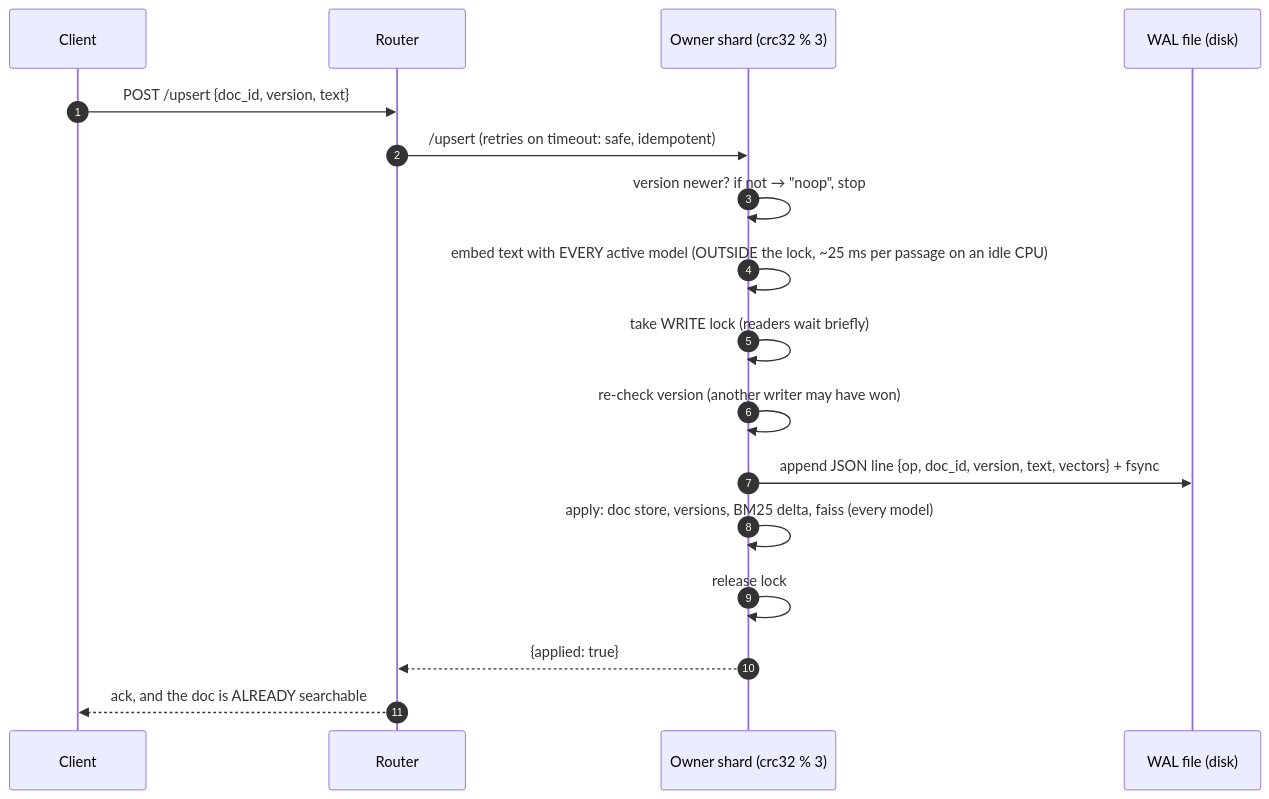
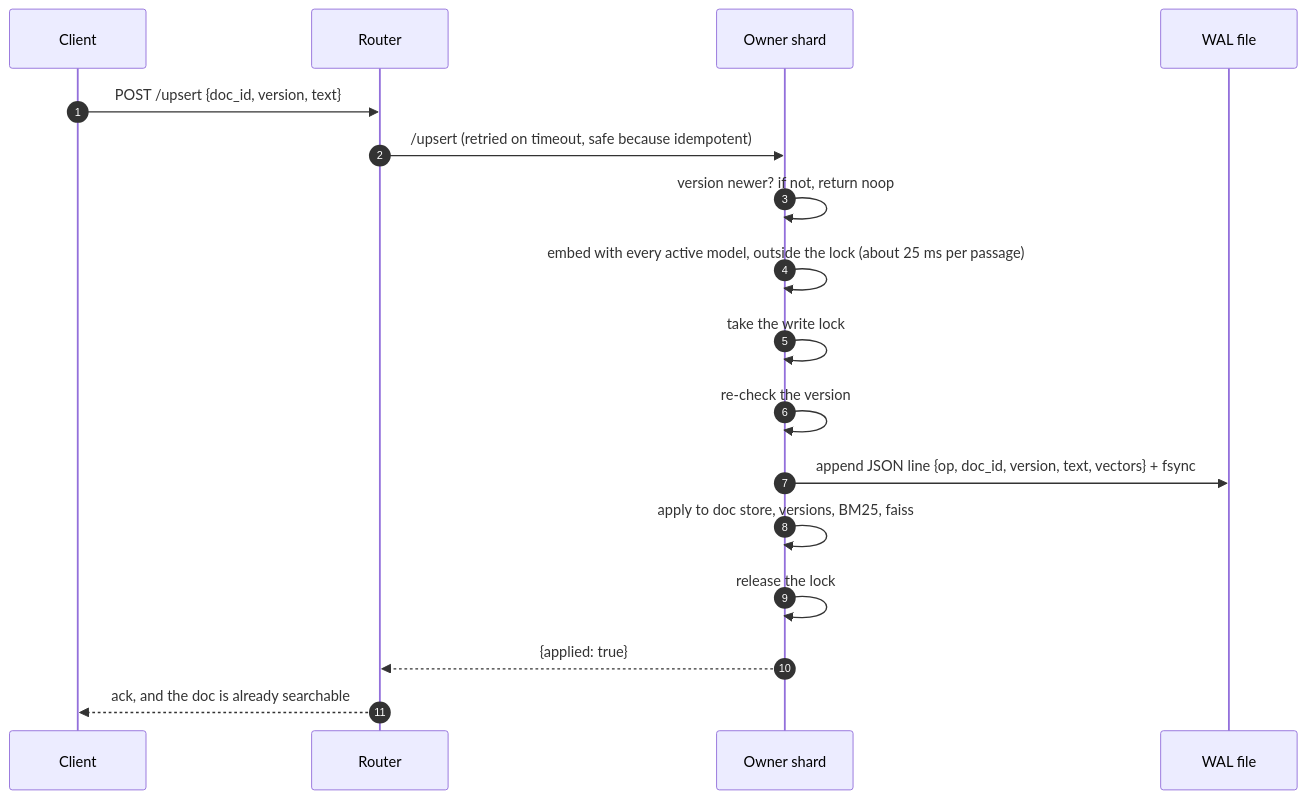
One commit to node31/fiqa-agentic-retrieval changed the fourth of 8 diagrams in docs/from_zero/07_part_b_distributed.md. Above: the diagram before and after it, drawn with Mermaid. The commit also changed other lines of this file and 9 other files, not shown here.

````diff
--- a/docs/from_zero/07_part_b_distributed.md
+++ b/docs/from_zero/07_part_b_distributed.md
@@ -307,19 +181,19 @@
 ```mermaid
 sequenceDiagram
     autonumber
     participant C as Client
     participant R as Router
-    participant S as Owner shard (crc32 % 3)
-    participant W as WAL file (disk)
+    participant S as Owner shard
+    participant W as WAL file
     C->>R: POST /upsert {doc_id, version, text}
-    R->>S: /upsert (retries on timeout: safe, idempotent)
-    S->>S: version newer? if not → "noop", stop
-    S->>S: embed text with EVERY active model (OUTSIDE the lock, ~25 ms per passage on an idle CPU)
-    S->>S: take WRITE lock (readers wait briefly)
-    S->>S: re-check version (another writer may have won)
+    R->>S: /upsert (retried on timeout, safe because idempotent)
+    S->>S: version newer? if not, return noop
+    S->>S: embed with every active model, outside the lock (about 25 ms per passage)
+    S->>S: take the write lock
+    S->>S: re-check the version
     S->>W: append JSON line {op, doc_id, version, text, vectors} + fsync
-    S->>S: apply: doc store, versions, BM25 delta, faiss (every model)
-    S->>S: release lock
+    S->>S: apply to doc store, versions, BM25, faiss
+    S->>S: release the lock
     S-->>R: {applied: true}
-    R-->>C: ack, and the doc is ALREADY searchable
+    R-->>C: ack, and the doc is already searchable
 ```
````
